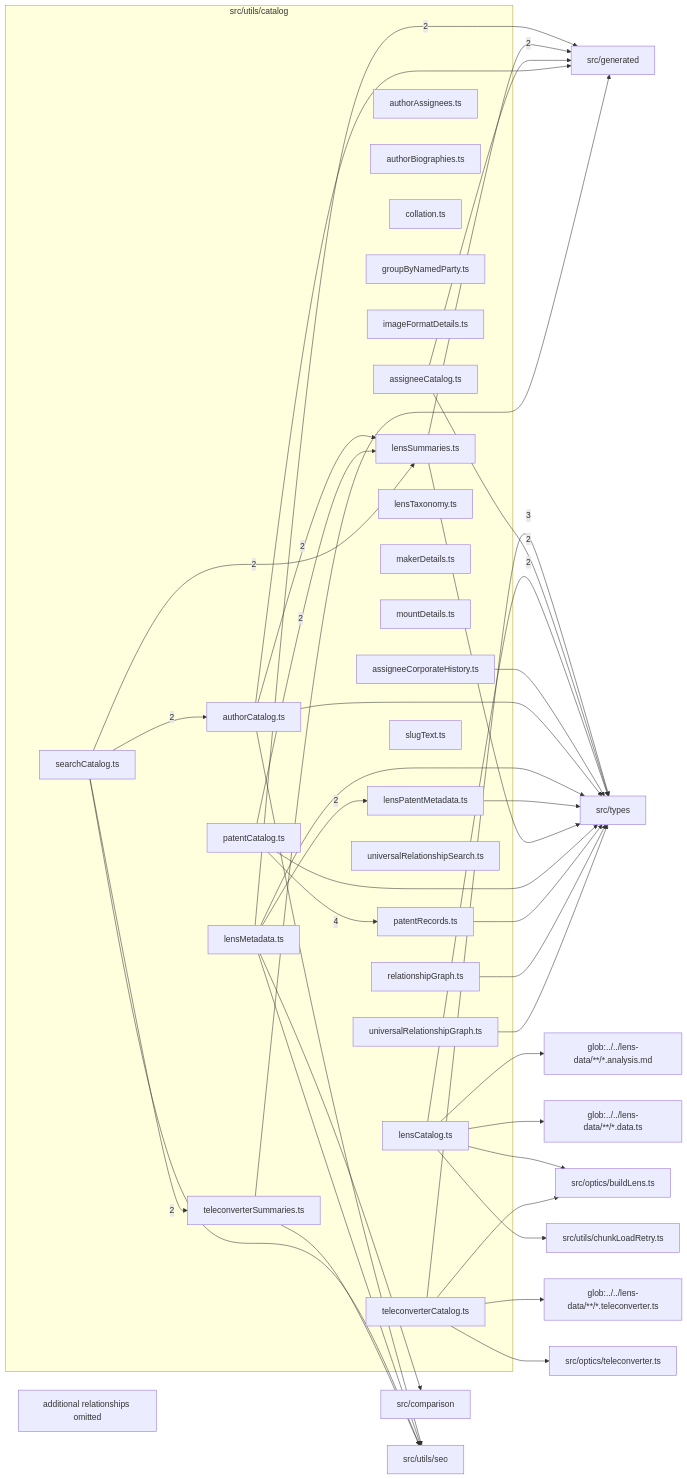
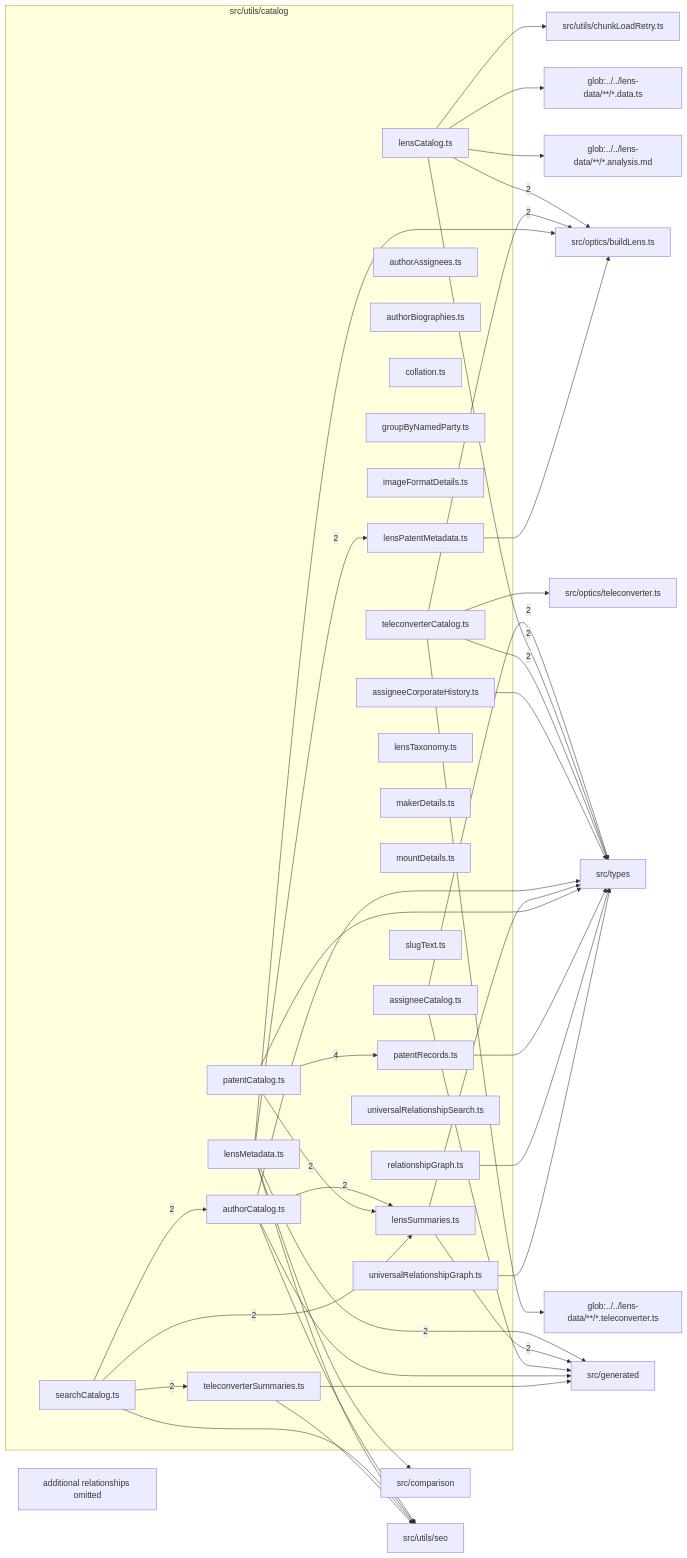
One commit to ronbuening/LensVisualizer changed the diagram in src/utils/catalog/readme.md. Above: the diagram before and after it, drawn with Mermaid. The commit also changed other lines of this file and 162 other files, not shown here.

````diff
--- a/src/utils/catalog/readme.md
+++ b/src/utils/catalog/readme.md
@@ -9,76 +9,76 @@
 ```mermaid
 flowchart LR
   subgraph n_src_utils_catalog["src/utils/catalog"]
     n_src_utils_catalog_src_utils_catalog_assigneeCatalog_ts["assigneeCatalog.ts"]
     n_src_utils_catalog_src_utils_catalog_assigneeCorporateHistory_ts["assigneeCorporateHistory.ts"]
     n_src_utils_catalog_src_utils_catalog_authorAssignees_ts["authorAssignees.ts"]
     n_src_utils_catalog_src_utils_catalog_authorBiographies_ts["authorBiographies.ts"]
     n_src_utils_catalog_src_utils_catalog_authorCatalog_ts["authorCatalog.ts"]
     n_src_utils_catalog_src_utils_catalog_collation_ts["collation.ts"]
     n_src_utils_catalog_src_utils_catalog_groupByNamedParty_ts["groupByNamedParty.ts"]
     n_src_utils_catalog_src_utils_catalog_imageFormatDetails_ts["imageFormatDetails.ts"]
     n_src_utils_catalog_src_utils_catalog_lensCatalog_ts["lensCatalog.ts"]
     n_src_utils_catalog_src_utils_catalog_lensMetadata_ts["lensMetadata.ts"]
     n_src_utils_catalog_src_utils_catalog_lensPatentMetadata_ts["lensPatentMetadata.ts"]
     n_src_utils_catalog_src_utils_catalog_lensSummaries_ts["lensSummaries.ts"]
     n_src_utils_catalog_src_utils_catalog_lensTaxonomy_ts["lensTaxonomy.ts"]
     n_src_utils_catalog_src_utils_catalog_makerDetails_ts["makerDetails.ts"]
     n_src_utils_catalog_src_utils_catalog_mountDetails_ts["mountDetails.ts"]
     n_src_utils_catalog_src_utils_catalog_patentCatalog_ts["patentCatalog.ts"]
     n_src_utils_catalog_src_utils_catalog_patentRecords_ts["patentRecords.ts"]
     n_src_utils_catalog_src_utils_catalog_relationshipGraph_ts["relationshipGraph.ts"]
     n_src_utils_catalog_src_utils_catalog_searchCatalog_ts["searchCatalog.ts"]
     n_src_utils_catalog_src_utils_catalog_slugText_ts["slugText.ts"]
     n_src_utils_catalog_src_utils_catalog_teleconverterCatalog_ts["teleconverterCatalog.ts"]
     n_src_utils_catalog_src_utils_catalog_teleconverterSummaries_ts["teleconverterSummaries.ts"]
     n_src_utils_catalog_src_utils_catalog_universalRelationshipGraph_ts["universalRelationshipGraph.ts"]
     n_src_utils_catalog_src_utils_catalog_universalRelationshipSearch_ts["universalRelationshipSearch.ts"]
   end
+  n_external_src_generated["src/generated"]
+  n_external_src_optics_buildLens_ts["src/optics/buildLens.ts"]
   n_external_src_types["src/types"]
-  n_external_src_generated["src/generated"]
   n_external_glob_______lens_data______analysis_md["glob:../../lens-data/**/*.analysis.md"]
   n_external_glob_______lens_data______data_ts["glob:../../lens-data/**/*.data.ts"]
   n_external_glob_______lens_data______teleconverter_ts["glob:../../lens-data/**/*.teleconverter.ts"]
   n_external_src_comparison["src/comparison"]
-  n_external_src_optics_buildLens_ts["src/optics/buildLens.ts"]
   n_external_src_optics_teleconverter_ts["src/optics/teleconverter.ts"]
   n_external_src_utils_chunkLoadRetry_ts["src/utils/chunkLoadRetry.ts"]
   n_external_src_utils_seo["src/utils/seo"]
   n_src_utils_catalog_src_utils_catalog_patentCatalog_ts --> |4| n_src_utils_catalog_src_utils_catalog_patentRecords_ts
-  n_src_utils_catalog_src_utils_catalog_teleconverterCatalog_ts --> |3| n_external_src_types
   n_src_utils_catalog_src_utils_catalog_lensMetadata_ts --> |2| n_external_src_generated
   n_src_utils_catalog_src_utils_catalog_lensSummaries_ts --> |2| n_external_src_generated
+  n_src_utils_catalog_src_utils_catalog_lensCatalog_ts --> |2| n_external_src_optics_buildLens_ts
+  n_src_utils_catalog_src_utils_catalog_teleconverterCatalog_ts --> |2| n_external_src_optics_buildLens_ts
   n_src_utils_catalog_src_utils_catalog_assigneeCatalog_ts --> |2| n_external_src_types
   n_src_utils_catalog_src_utils_catalog_lensCatalog_ts --> |2| n_external_src_types
+  n_src_utils_catalog_src_utils_catalog_teleconverterCatalog_ts --> |2| n_external_src_types
   n_src_utils_catalog_src_utils_catalog_searchCatalog_ts --> |2| n_src_utils_catalog_src_utils_catalog_authorCatalog_ts
   n_src_utils_catalog_src_utils_catalog_lensMetadata_ts --> |2| n_src_utils_catalog_src_utils_catalog_lensPatentMetadata_ts
   n_src_utils_catalog_src_utils_catalog_authorCatalog_ts --> |2| n_src_utils_catalog_src_utils_catalog_lensSummaries_ts
   n_src_utils_catalog_src_utils_catalog_patentCatalog_ts --> |2| n_src_utils_catalog_src_utils_catalog_lensSummaries_ts
   n_src_utils_catalog_src_utils_catalog_searchCatalog_ts --> |2| n_src_utils_catalog_src_utils_catalog_lensSummaries_ts
   n_src_utils_catalog_src_utils_catalog_searchCatalog_ts --> |2| n_src_utils_catalog_src_utils_catalog_teleconverterSummaries_ts
   n_src_utils_catalog_src_utils_catalog_lensCatalog_ts --> n_external_glob_______lens_data______analysis_md
   n_src_utils_catalog_src_utils_catalog_lensCatalog_ts --> n_external_glob_______lens_data______data_ts
   n_src_utils_catalog_src_utils_catalog_teleconverterCatalog_ts --> n_external_glob_______lens_data______teleconverter_ts
   n_src_utils_catalog_src_utils_catalog_lensMetadata_ts --> n_external_src_comparison
   n_src_utils_catalog_src_utils_catalog_assigneeCatalog_ts --> n_external_src_generated
   n_src_utils_catalog_src_utils_catalog_authorCatalog_ts --> n_external_src_generated
   n_src_utils_catalog_src_utils_catalog_teleconverterSummaries_ts --> n_external_src_generated
-  n_src_utils_catalog_src_utils_catalog_lensCatalog_ts --> n_external_src_optics_buildLens_ts
-  n_src_utils_catalog_src_utils_catalog_teleconverterCatalog_ts --> n_external_src_optics_buildLens_ts
+  n_src_utils_catalog_src_utils_catalog_lensMetadata_ts --> n_external_src_optics_buildLens_ts
+  n_src_utils_catalog_src_utils_catalog_lensPatentMetadata_ts --> n_external_src_optics_buildLens_ts
   n_src_utils_catalog_src_utils_catalog_teleconverterCatalog_ts --> n_external_src_optics_teleconverter_ts
   n_src_utils_catalog_src_utils_catalog_assigneeCorporateHistory_ts --> n_external_src_types
   n_src_utils_catalog_src_utils_catalog_authorCatalog_ts --> n_external_src_types
-  n_src_utils_catalog_src_utils_catalog_lensMetadata_ts --> n_external_src_types
-  n_src_utils_catalog_src_utils_catalog_lensPatentMetadata_ts --> n_external_src_types
   n_src_utils_catalog_src_utils_catalog_lensSummaries_ts --> n_external_src_types
   n_src_utils_catalog_src_utils_catalog_patentCatalog_ts --> n_external_src_types
   n_src_utils_catalog_src_utils_catalog_patentRecords_ts --> n_external_src_types
   n_src_utils_catalog_src_utils_catalog_relationshipGraph_ts --> n_external_src_types
   n_src_utils_catalog_src_utils_catalog_universalRelationshipGraph_ts --> n_external_src_types
   n_src_utils_catalog_src_utils_catalog_lensCatalog_ts --> n_external_src_utils_chunkLoadRetry_ts
   n_src_utils_catalog_src_utils_catalog_authorCatalog_ts --> n_external_src_utils_seo
   n_src_utils_catalog_src_utils_catalog_lensMetadata_ts --> n_external_src_utils_seo
   n_src_utils_catalog_src_utils_catalog_searchCatalog_ts --> n_external_src_utils_seo
   n_src_utils_catalog_src_utils_catalog_teleconverterSummaries_ts --> n_external_src_utils_seo
   n_src_utils_catalog_truncated["additional relationships omitted"]
 ```
````
